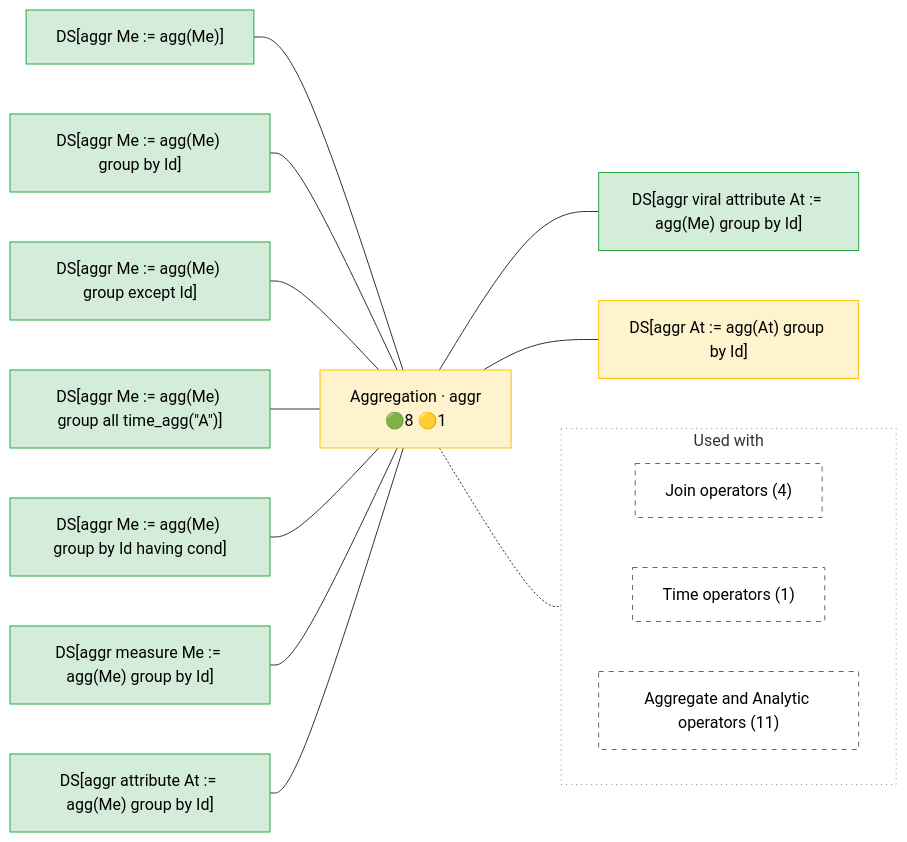
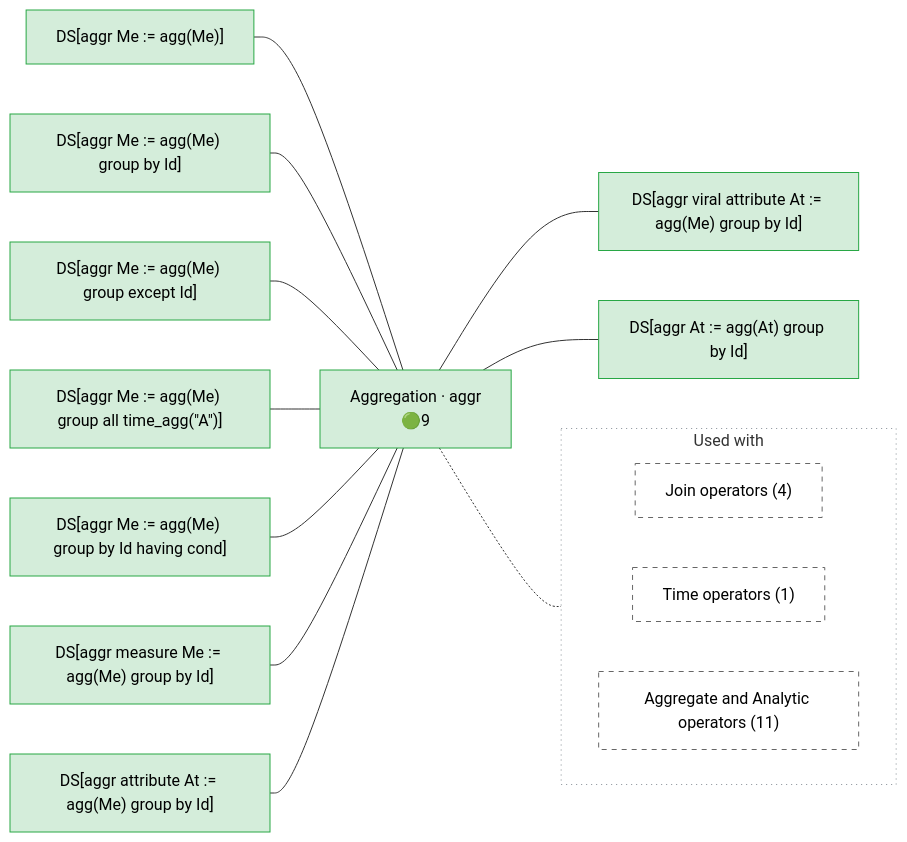
The diagram in docs/operator_map/clause/aggr.rst (Meaningful-Data/vtlengine), drawn with Mermaid before and after one commit. The commit also changed other lines of this file and 175 other files, not shown here.

```diff
--- a/docs/operator_map/clause/aggr.rst
+++ b/docs/operator_map/clause/aggr.rst
@@ -24,50 +24,50 @@
 .. mermaid::
    :config: {"flowchart": {"useMaxWidth": false}}
 
    flowchart LR
        classDef ok fill:#d4edda,stroke:#28a745,color:#000
        classDef partial fill:#fff3cd,stroke:#ffc107,color:#000
        classDef refused fill:#d4edda,stroke:#28a745,stroke-width:3px,stroke-dasharray: 2 2,color:#000
        classDef missing fill:#f8d7da,stroke:#dc3545,color:#000
        classDef diverge fill:#cce5ff,stroke:#007bff,color:#000
        classDef block fill:#2b3a4a,stroke:#2b3a4a,color:#fff,font-weight:bold
        classDef ext fill:#fff,stroke:#666,color:#000,stroke-dasharray: 5 5
-       O["Aggregation · aggr<br/>🟢8 🟡1"]:::partial
+       O["Aggregation · aggr<br/>🟢9"]:::ok
        v_no_group["DS#91;aggr Me #58;#61; agg(Me)#93;"]:::ok
        v_group_by["DS#91;aggr Me #58;#61; agg(Me) group by Id#93;"]:::ok
        v_group_except["DS#91;aggr Me #58;#61; agg(Me) group except Id#93;"]:::ok
        v_group_all["DS#91;aggr Me #58;#61; agg(Me) group all time_agg(#quot;A#quot;)#93;"]:::ok
        v_having["DS#91;aggr Me #58;#61; agg(Me) group by Id having cond#93;"]:::ok
        v_measure_role["DS#91;aggr measure Me #58;#61; agg(Me) group by Id#93;"]:::ok
        v_attribute_role["DS#91;aggr attribute At #58;#61; agg(Me) group by Id#93;"]:::ok
        v_viral_attribute_role["DS#91;aggr viral attribute At #58;#61; agg(Me) group by Id#93;"]:::ok
-       v_role_omitted_attribute["DS#91;aggr At #58;#61; agg(At) group by Id#93;"]:::partial
+       v_role_omitted_attribute["DS#91;aggr At #58;#61; agg(At) group by Id#93;"]:::ok
        subgraph G_use["Used with"]
            direction LR
            used__join["Join operators (4)"]:::ext
            used__time["Time operators (1)"]:::ext
            used__aggregate["Aggregate and Analytic operators (11)"]:::ext
        end
        v_no_group --- O
        v_group_by --- O
        v_group_except --- O
        v_group_all --- O
        v_having --- O
        v_measure_role --- O
        v_attribute_role --- O
        O --- v_viral_attribute_role
        O --- v_role_omitted_attribute
        O -.- G_use
        style G_use fill:#ffffff,stroke:#868e96,stroke-width:1px,stroke-dasharray: 1 4
        click v_no_group href "#form-no-group"
        click v_group_by href "#form-group-by"
        click v_group_except href "#form-group-except"
        click v_group_all href "#form-group-all"
        click v_having href "#form-having"
        click v_measure_role href "#form-measure-role"
        click v_attribute_role href "#form-attribute-role"
        click v_viral_attribute_role href "#form-viral-attribute-role"
        click v_role_omitted_attribute href "#form-role-omitted-attribute"
        click used__join href "../join/index.html"
        click used__time href "../time/index.html"
        click used__aggregate href "../aggregate/index.html"
```
